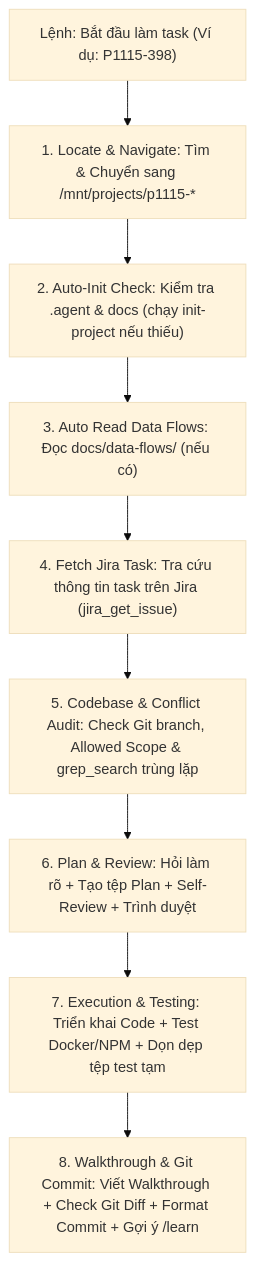
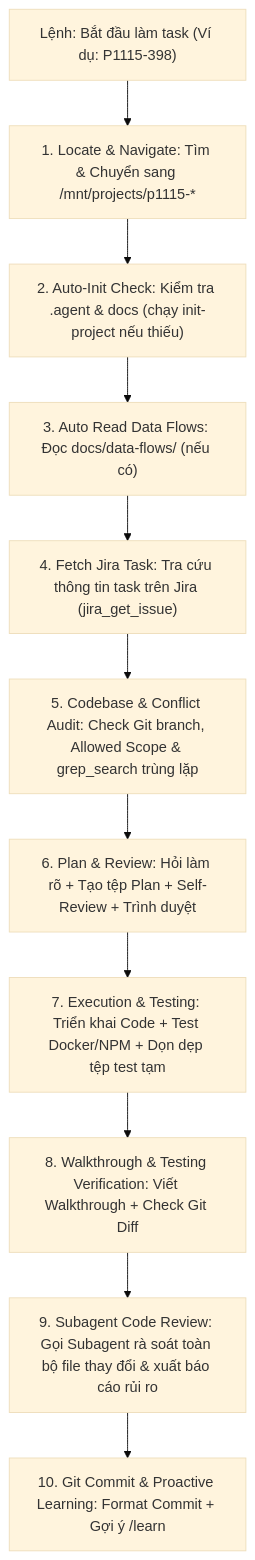
The diagram in rules/user-workflow-and-goals.md (adamphh/study-ai-antigravity-skills), drawn with Mermaid (base theme) before and after one commit. The commit also changed other lines of this file and 5 other files, not shown here.

Commit message:
feat: Add mandatory subagent code review rule and Magento 2 realtime reindex observer rules

````diff
--- a/rules/user-workflow-and-goals.md
+++ b/rules/user-workflow-and-goals.md
@@ -11,11 +11,13 @@
 ```mermaid
 flowchart TD
     A["Lệnh: Bắt đầu làm task (Ví dụ: P1115-398)"] --> B["1. Locate & Navigate: Tìm & Chuyển sang /mnt/projects/p1115-*"]
     B --> C["2. Auto-Init Check: Kiểm tra .agent & docs (chạy init-project nếu thiếu)"]
     C --> D["3. Auto Read Data Flows: Đọc docs/data-flows/ (nếu có)"]
     D --> E["4. Fetch Jira Task: Tra cứu thông tin task trên Jira (jira_get_issue)"]
     E --> F["5. Codebase & Conflict Audit: Check Git branch, Allowed Scope & grep_search trùng lặp"]
     F --> G["6. Plan & Review: Hỏi làm rõ + Tạo tệp Plan + Self-Review + Trình duyệt"]
     G --> H["7. Execution & Testing: Triển khai Code + Test Docker/NPM + Dọn dẹp tệp test tạm"]
-    H --> I["8. Walkthrough & Git Commit: Viết Walkthrough + Check Git Diff + Format Commit + Gợi ý /learn"]
+    H --> I["8. Walkthrough & Testing Verification: Viết Walkthrough + Check Git Diff"]
+    I --> J["9. Subagent Code Review: Gọi Subagent rà soát toàn bộ file thay đổi & xuất báo cáo rủi ro"]
+    J --> K["10. Git Commit & Proactive Learning: Format Commit + Gợi ý /learn"]
 ```
````
